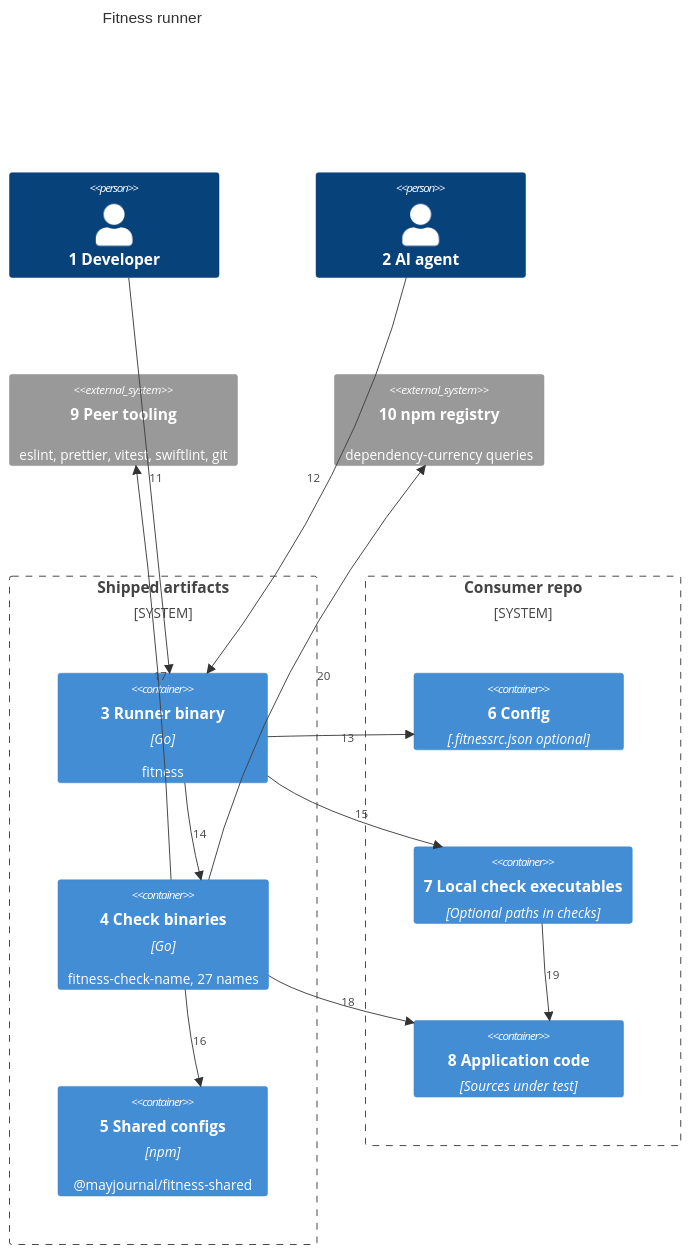
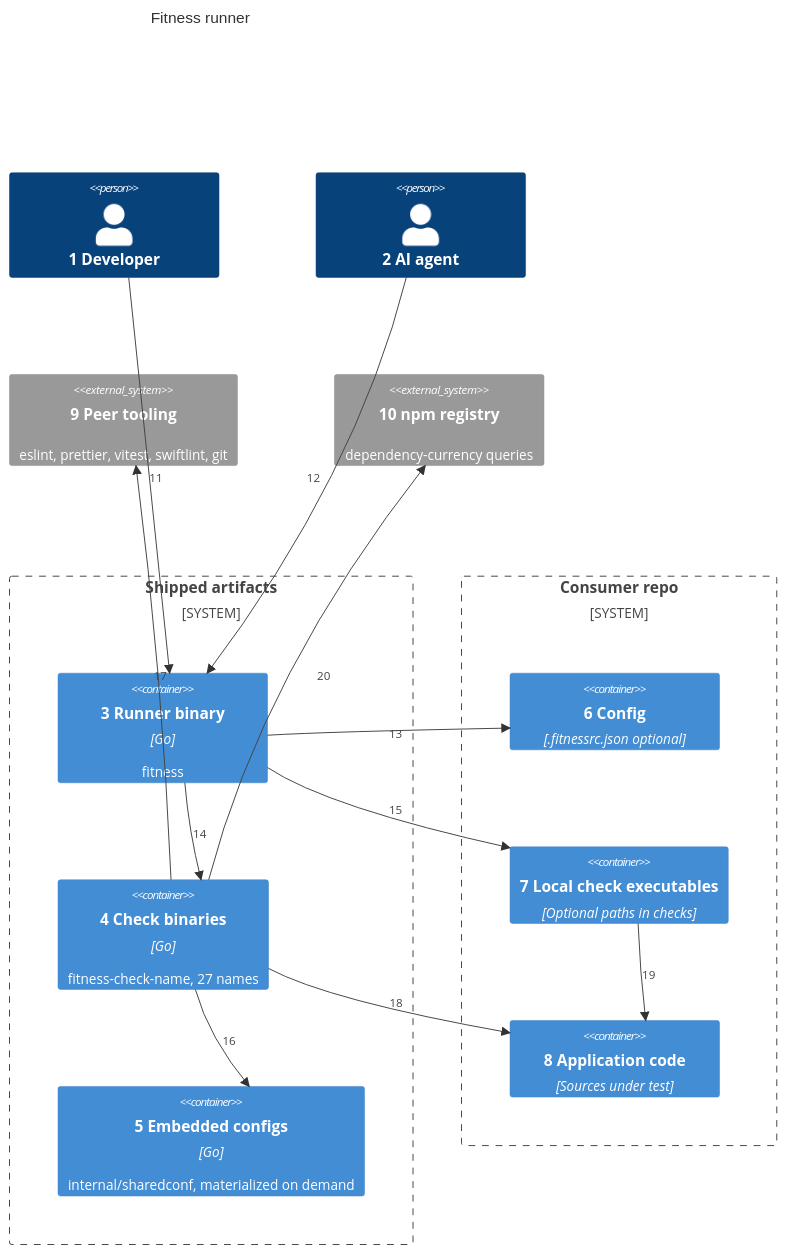
The first of 2 diagrams in architecture/02-containers.md (may-journal/fitness-runner), drawn with Mermaid before and after one commit. The commit also changed other lines of this file and 101 other files, not shown here.

````diff
--- a/architecture/02-containers.md
+++ b/architecture/02-containers.md
@@ -7,33 +7,33 @@
 ```mermaid
 C4Container
     title Fitness runner
 
     Person(developer, "1 Developer")
     Person(agent, "2 AI agent")
 
     System_Boundary(ship, "Shipped artifacts") {
         Container(cli, "3 Runner binary", "Go", "fitness")
         Container(checks, "4 Check binaries", "Go", "fitness-check-name, 27 names")
-        Container(shared, "5 Shared configs", "npm", "@mayjournal/fitness-shared")
+        Container(shared, "5 Embedded configs", "Go", "internal/sharedconf, materialized on demand")
     }
 
     System_Boundary(consumer, "Consumer repo") {
         Container(rc, "6 Config", ".fitnessrc.json optional")
         Container(localChecks, "7 Local check executables", "Optional paths in checks")
         Container(code, "8 Application code", "Sources under test")
     }
 
     System_Ext(tools, "9 Peer tooling", "eslint, prettier, vitest, swiftlint, git")
     System_Ext(registry, "10 npm registry", "dependency-currency queries")
 
     Rel(developer, cli, "11")
     Rel(agent, cli, "12")
     Rel(cli, rc, "13")
     Rel(cli, checks, "14")
     Rel(cli, localChecks, "15")
     Rel(checks, shared, "16")
     Rel(checks, tools, "17")
     Rel(checks, code, "18")
     Rel(localChecks, code, "19")
     Rel(checks, registry, "20")
 ```
````
